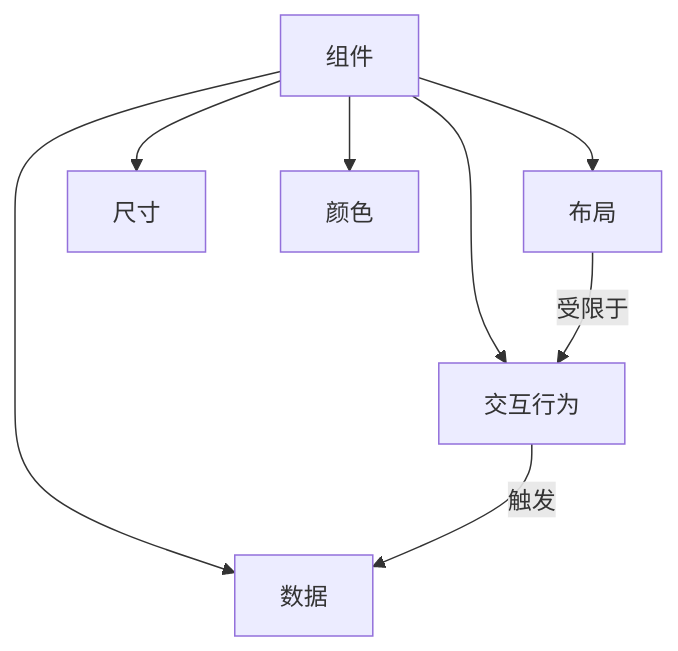
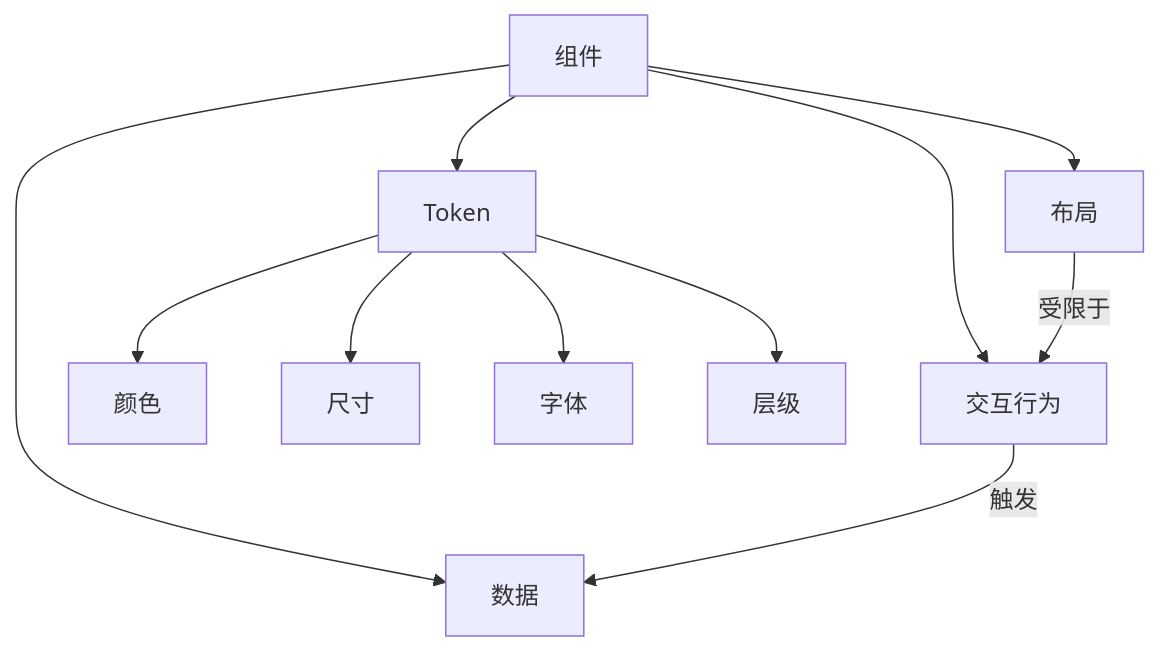
One commit to idealjs/camphora changed the diagram in docs/README-zh.md. Above: the diagram before and after it, drawn with Mermaid. The commit also changed other lines of this file and 1 other file, not shown here.

````diff
--- a/docs/README-zh.md
+++ b/docs/README-zh.md
@@ -23,10 +22,13 @@
 ```mermaid
 graph TD
-    A[组件] --> B[数据]
-    A --> C[交互行为]
-    A --> D[布局]
-    A --> E[尺寸]
-    A --> F[颜色]
-    C -->|触发| B
-    D -->|受限于| C
+  A[组件] --> B[数据]
+  A --> C[交互行为]
+  A --> D[布局]
+  A --> E[Token]
+  E --> G[颜色]
+  E --> H[尺寸]
+  E --> I[字体]
+  E --> J[层级]
+  C -->|触发| B
+  D -->|受限于| C
 ```
````
